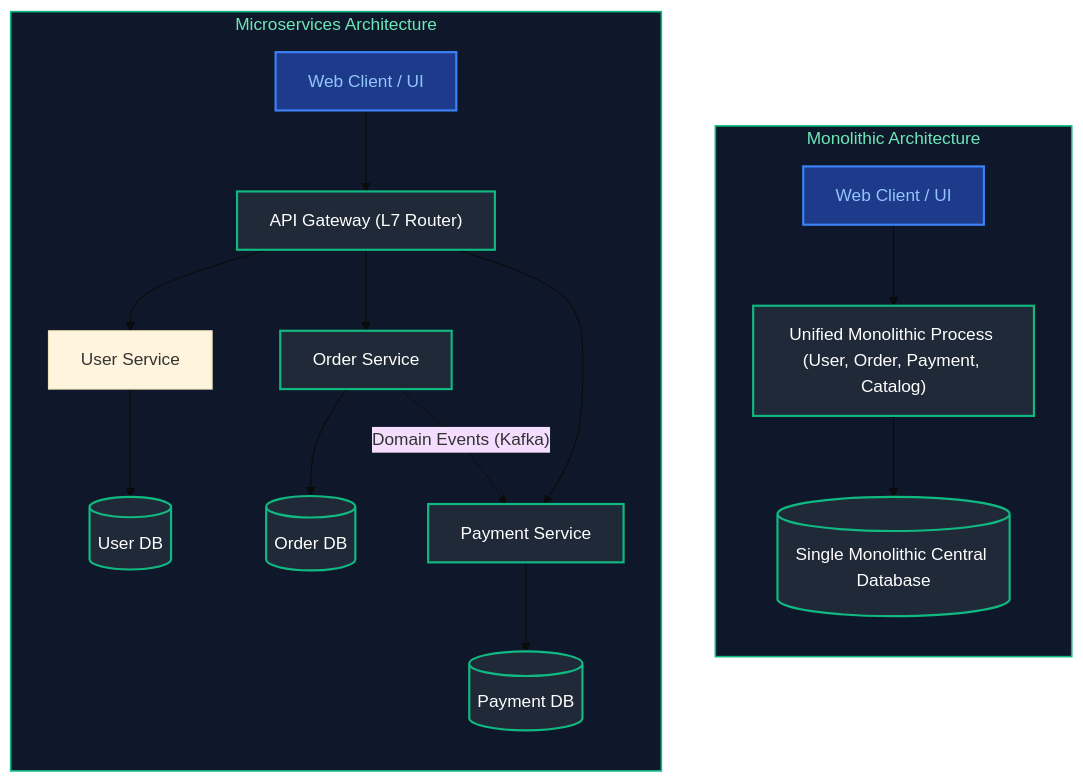
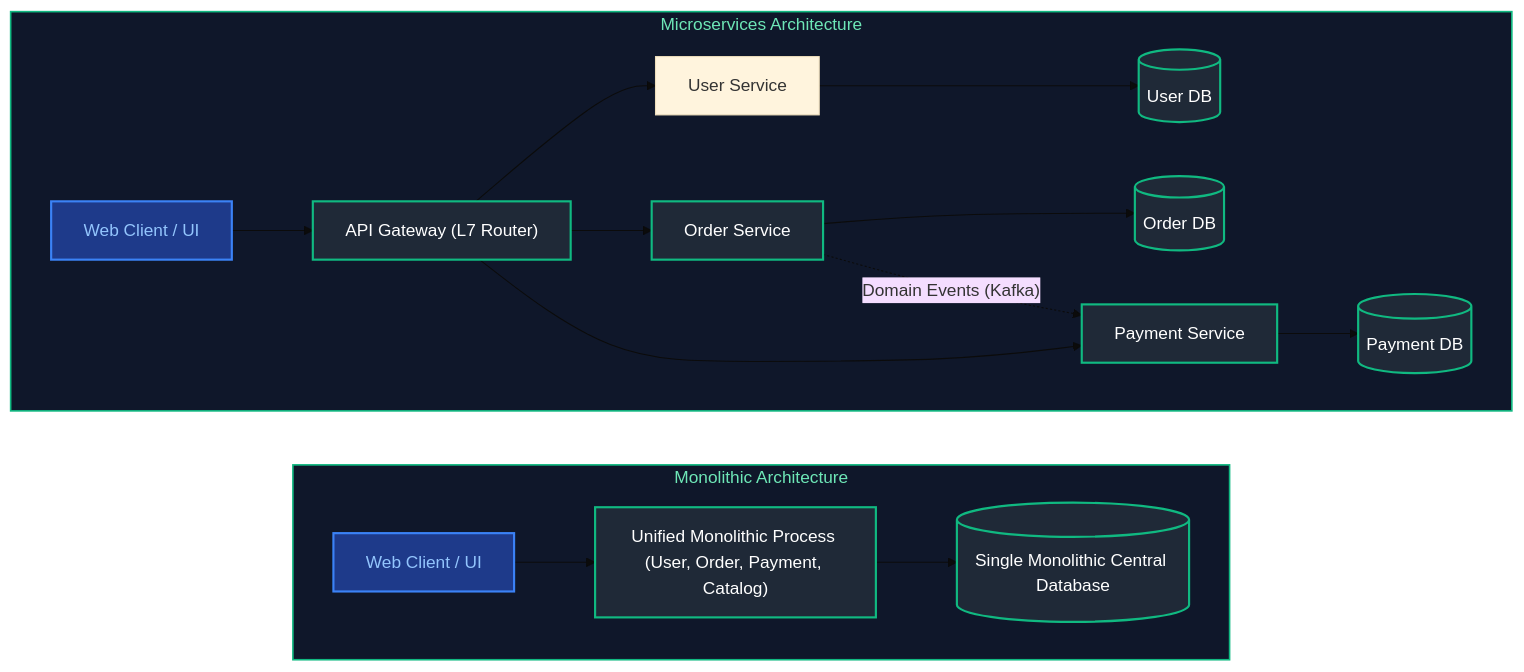
The second of 20 diagrams in Java Backend Engineering/13_microservices_distributed_systems_system_design.md (joydeep-biswas/Interview-Preparation), drawn with Mermaid (base theme) before and after one commit. The commit also changed other lines of this file and 76 other files, not shown here.

Commit message:
Updated Charts

````diff
--- a/Java Backend Engineering/13_microservices_distributed_systems_system_design.md
+++ b/Java Backend Engineering/13_microservices_distributed_systems_system_design.md
@@ -132,31 +132,31 @@
 ```mermaid
-flowchart TD
+flowchart LR
     subgraph Monolith["Monolithic Architecture"]
-        direction TB
+        direction LR
         M_UI["Web Client / UI"] --> M_App["Unified Monolithic Process (User, Order, Payment, Catalog)"]
         M_App --> M_DB[("Single Monolithic Central Database")]
     end
 
     subgraph Microservices["Microservices Architecture"]
-        direction TB
+        direction LR
         MS_UI["Web Client / UI"] --> MS_GW["API Gateway (L7 Router)"]
         MS_GW --> S1["User Service"] --> DB1[("User DB")]
         MS_GW --> S2["Order Service"] --> DB2[("Order DB")]
         MS_GW --> S3["Payment Service"] --> DB3[("Payment DB")]
         S2 -.->|"Domain Events (Kafka)"| S3
     end
 
     style Monolith fill:#0f172a,stroke:#10b981,stroke-width:1.5px,color:#6ee7b7
     style Microservices fill:#0f172a,stroke:#10b981,stroke-width:1.5px,color:#6ee7b7
 
     style M_UI fill:#1e3a8a,stroke:#3b82f6,stroke-width:2px,color:#93c5fd
     style M_App fill:#1f2937,stroke:#10b981,stroke-width:2px,color:#fff
     style M_DB fill:#1f2937,stroke:#10b981,stroke-width:2px,color:#fff
     style MS_UI fill:#1e3a8a,stroke:#3b82f6,stroke-width:2px,color:#93c5fd
     style MS_GW fill:#1f2937,stroke:#10b981,stroke-width:2px,color:#fff
     style DB1 fill:#1f2937,stroke:#10b981,stroke-width:2px,color:#fff
     style DB2 fill:#1f2937,stroke:#10b981,stroke-width:2px,color:#fff
     style DB3 fill:#1f2937,stroke:#10b981,stroke-width:2px,color:#fff
     style S2 fill:#1f2937,stroke:#10b981,stroke-width:2px,color:#fff
     style S3 fill:#1f2937,stroke:#10b981,stroke-width:2px,color:#fff
 ```
````
